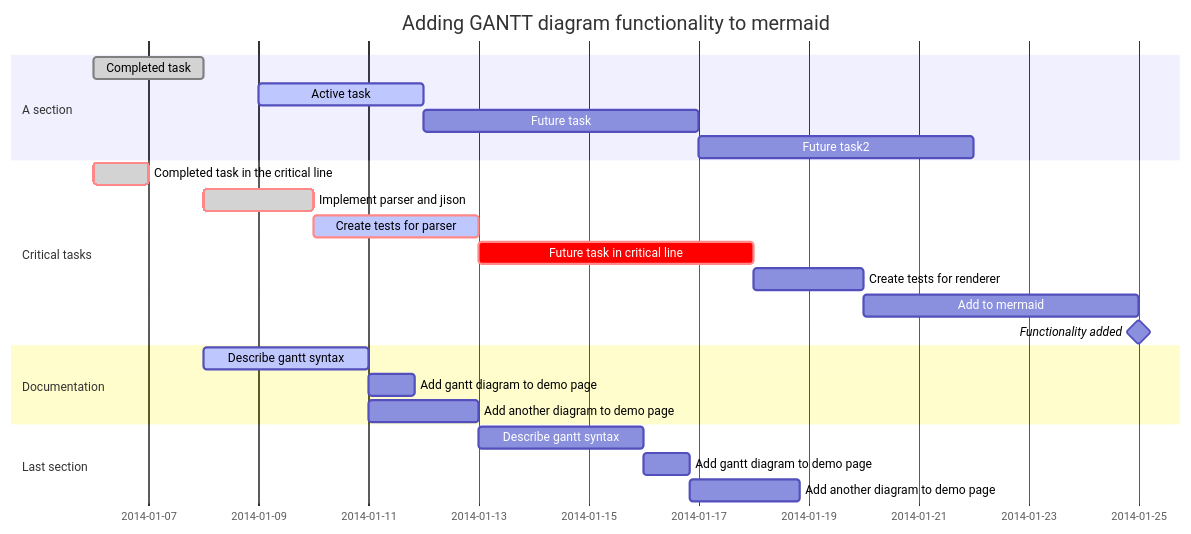
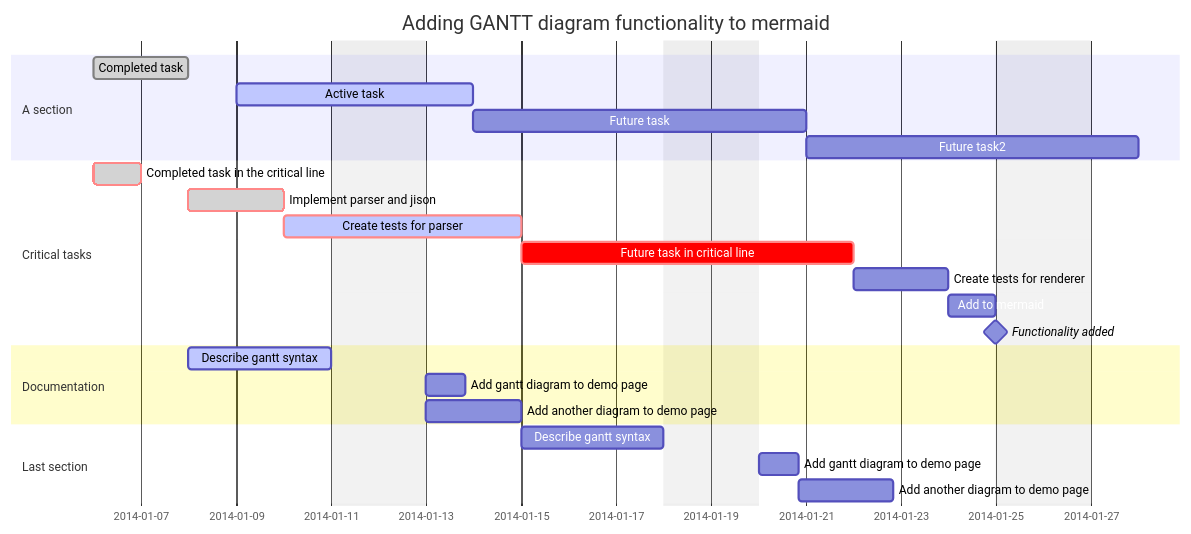
The third of 3 diagrams in README.md (ayvi-0001/mermaid-gantt-formatter), drawn with Mermaid before and after one commit. The commit also changed other lines of this file and 3 other files, not shown here.

Commit message:
docs: update example gantt_chart, README.md

````diff
--- a/README.md
+++ b/README.md
@@ -97,30 +92,32 @@
 ```mermaid
 gantt
-  title Adding GANTT diagram functionality to mermaid
-  dateFormat YYYY-MM-DD
+  dateFormat  YYYY-MM-DD
+  title       Adding GANTT diagram functionality to mermaid
+  excludes    weekends
+%% (`excludes` accepts specific dates in YYYY-MM-DD format, days of the week ("sunday") or "weekends", but not the word "weekdays".)
 
   section A section
     Completed task                       : done  ,                     des1   ,  2014-01-06,  2014-01-08
     Active task                          : active,                     des2   ,  2014-01-09,  3d
     Future task                          :                             des3   ,  after des2,  5d
     Future task2                         :                             des4   ,  after des3,  5d
 
   section Critical tasks
     Completed task in the critical line  : done  ,  crit,                        2014-01-06,  24h
     Implement parser and jison           : done  ,  crit,                        after des1,  2d
     Create tests for parser              : active,  crit,                                     3d
     Future task in critical line         :          crit,                                     5d
     Create tests for renderer            :                                                    2d
     Add to mermaid                       :                                                    until isadded
     Functionality added                  :                 milestone,  isadded,  2014-01-25,  0d
 
   section Documentation
     Describe gantt syntax                : active,                     a1     ,  after des1,  3d
     Add gantt diagram to demo page       :                                       after a1  ,  20h
     Add another diagram to demo page     :                             doc1   ,  after a1  ,  48h
 
   section Last section
     Describe gantt syntax                :                                       after doc1,  3d
     Add gantt diagram to demo page       :                                                    20h
     Add another diagram to demo page     :                                                    48h
 ```
````
